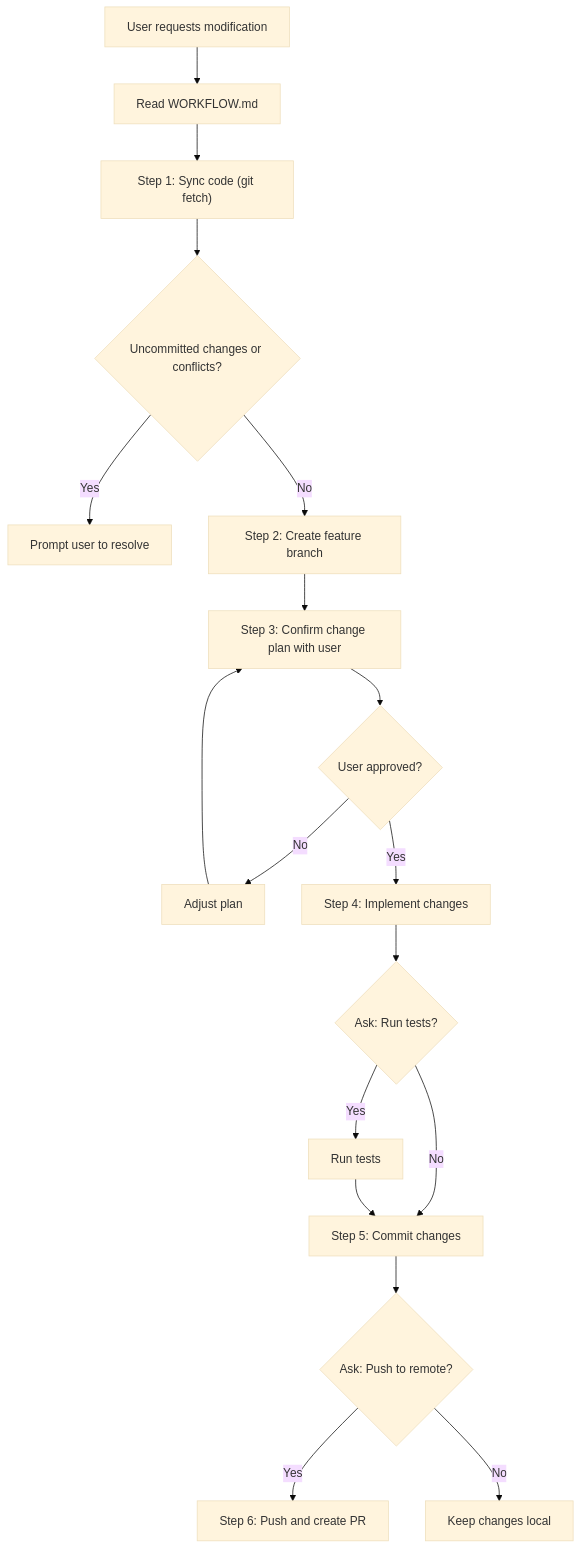
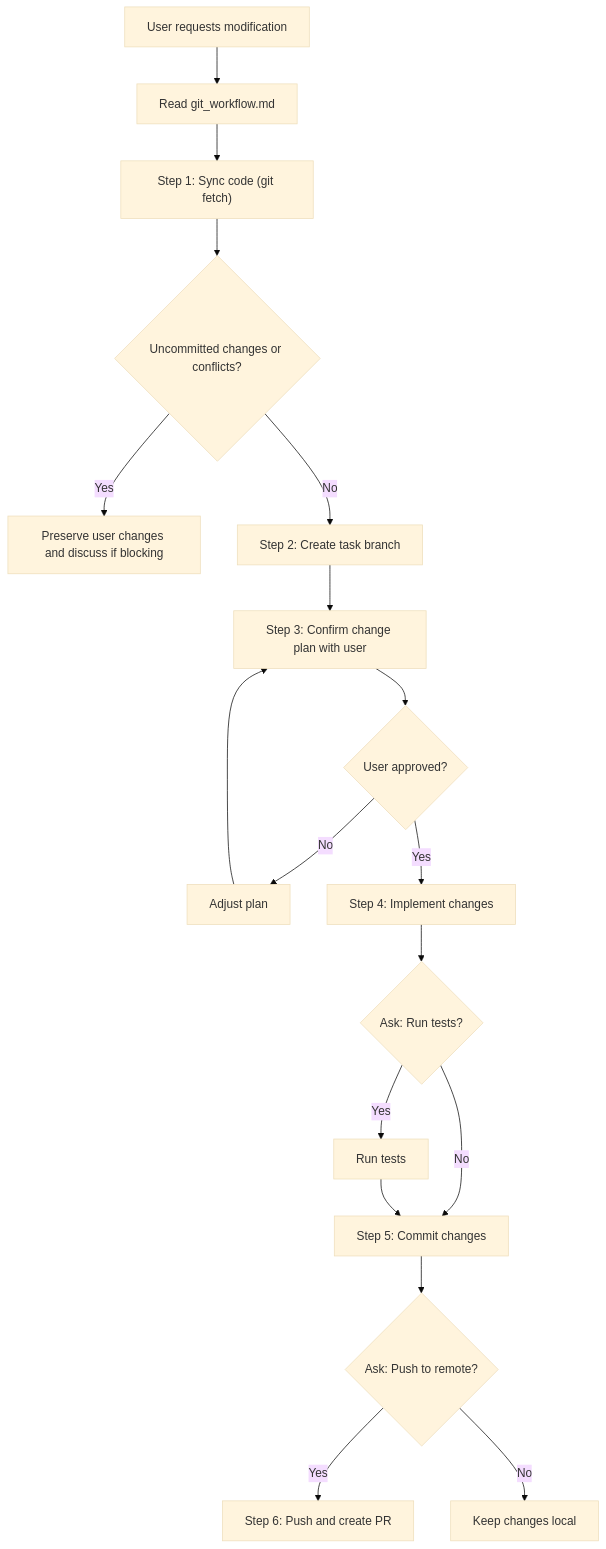
One commit to szdongyuan/DT_playground changed the diagram in .cursor/workflows/git_workflow.md. Above: the diagram before and after it, drawn with Mermaid (base theme). The commit also changed other lines of this file and 5 other files, not shown here.

````diff
--- a/.cursor/workflows/git_workflow.md
+++ b/.cursor/workflows/git_workflow.md
@@ -7,20 +7,20 @@
 ```mermaid
 flowchart TD
-    A[User requests modification] --> B[Read WORKFLOW.md]
+    A[User requests modification] --> B[Read git_workflow.md]
     B --> C["Step 1: Sync code (git fetch)"]
     C --> D{Uncommitted changes or conflicts?}
-    D -->|Yes| E[Prompt user to resolve]
-    D -->|No| F["Step 2: Create feature branch"]
+    D -->|Yes| E[Preserve user changes and discuss if blocking]
+    D -->|No| F["Step 2: Create task branch"]
     F --> G["Step 3: Confirm change plan with user"]
     G --> H{User approved?}
     H -->|No| I[Adjust plan]
     I --> G
     H -->|Yes| J["Step 4: Implement changes"]
     J --> K{Ask: Run tests?}
     K -->|Yes| L[Run tests]
     K -->|No| M["Step 5: Commit changes"]
     L --> M
     M --> N{Ask: Push to remote?}
     N -->|Yes| O["Step 6: Push and create PR"]
     N -->|No| P[Keep changes local]
 ```
````
